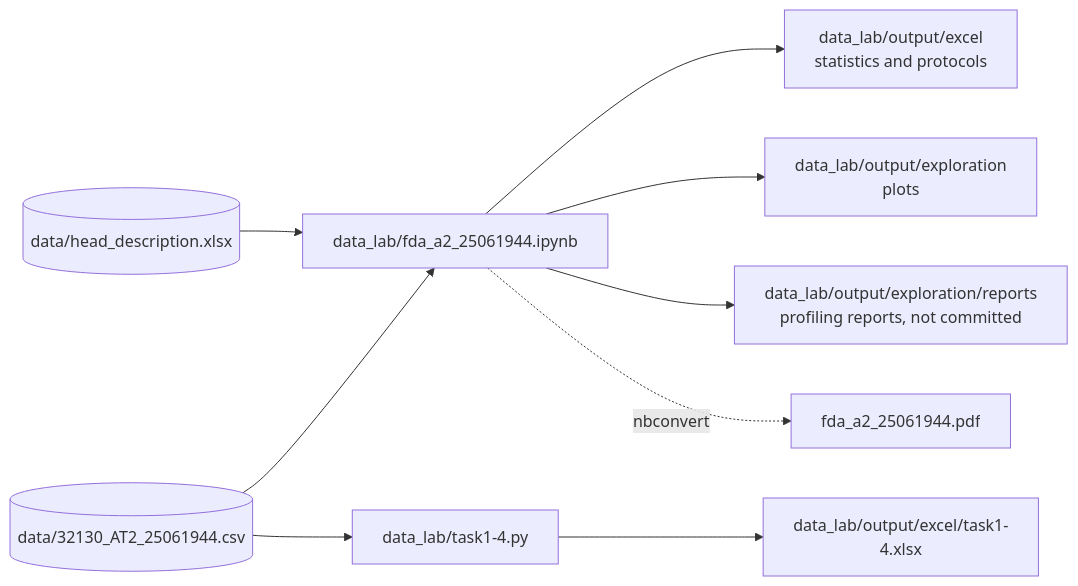
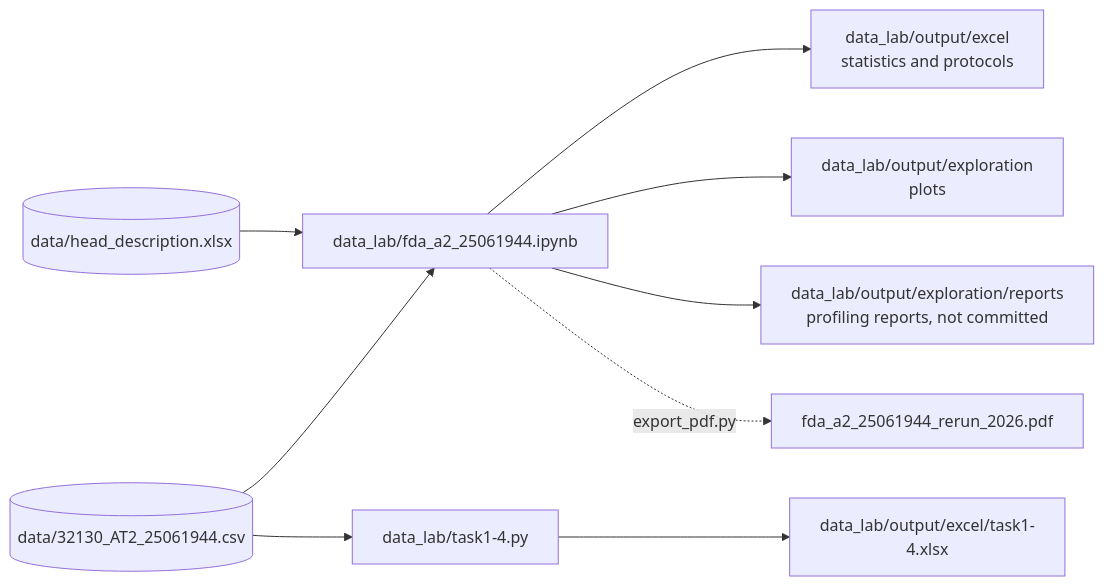
Before and after one commit to HuberNicolas/gaia-exploration: the diagram in README.md, drawn with Mermaid. The commit also changed other lines of this file and 2 other files, not shown here.

First line of the commit message:
Document the PDF export

````diff
--- a/README.md
+++ b/README.md
@@ -68,11 +68,11 @@
 ```mermaid
 flowchart LR
     csv[(data/32130_AT2_25061944.csv)] --> nb[data_lab/fda_a2_25061944.ipynb]
     desc[(data/head_description.xlsx)] --> nb
     nb --> excel[data_lab/output/excel<br/>statistics and protocols]
     nb --> plots[data_lab/output/exploration<br/>plots]
     nb --> reports[data_lab/output/exploration/reports<br/>profiling reports, not committed]
     csv --> tasks[data_lab/task1-4.py]
     tasks --> taskxlsx[data_lab/output/excel/task1-4.xlsx]
-    nb -. nbconvert .-> pdf[fda_a2_25061944.pdf]
+    nb -.->|export_pdf.py| pdf[fda_a2_25061944_rerun_2026.pdf]
 ```
````
